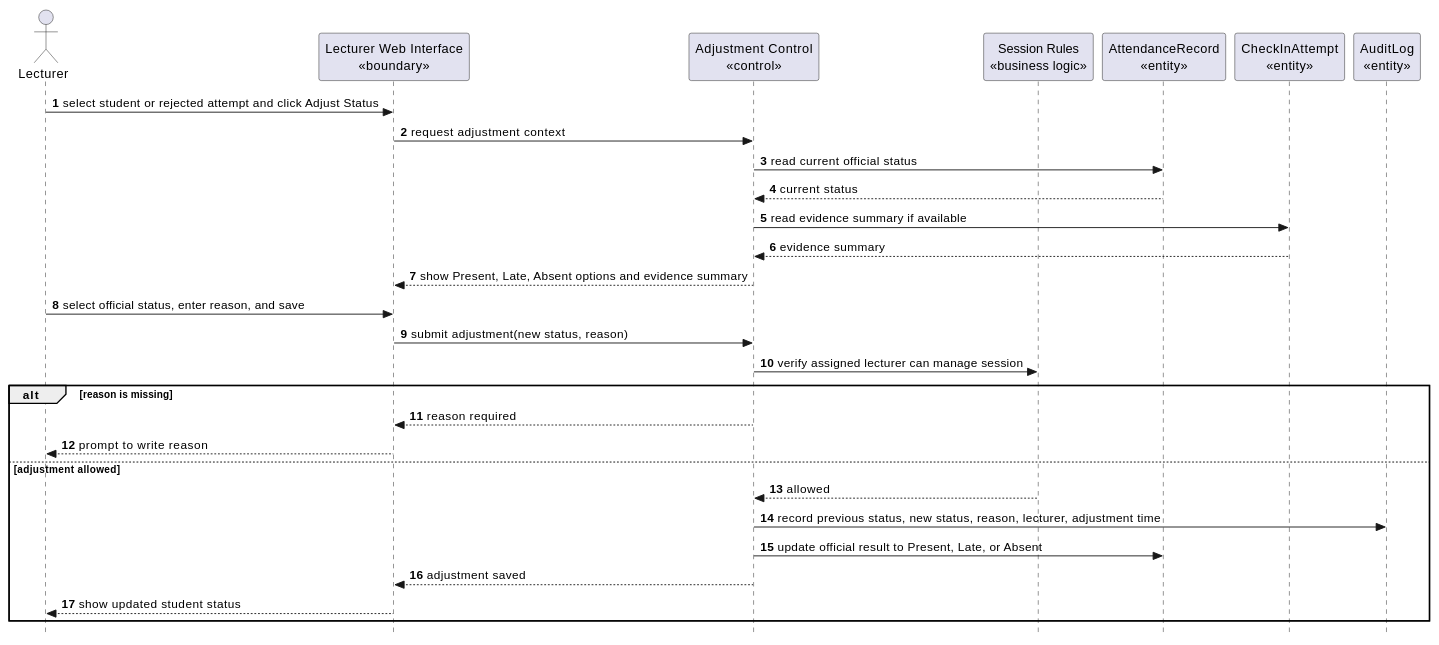
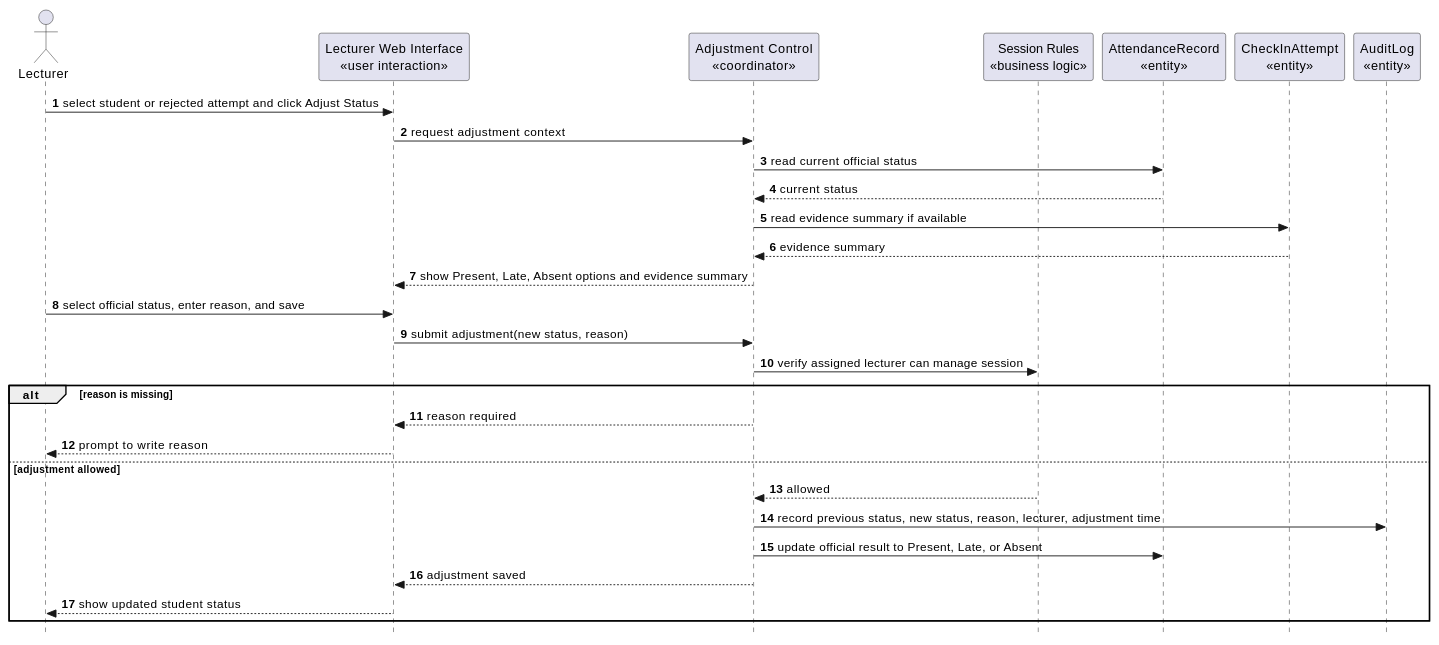
Before and after one commit to nttung42/SWD392: diagram 19 of 29 in docs/sds/2_Analysis.md, drawn with PlantUML. The commit also changed other lines of this file and 1 other file, not shown here.

````diff
--- a/docs/sds/2_Analysis.md
+++ b/docs/sds/2_Analysis.md
@@ -903,35 +966,35 @@
 ```plantuml
 @startuml
 skinparam style strictuml
 autonumber
 actor "Lecturer" as Lecturer
-participant "Lecturer Web Interface\n«boundary»" as LecturerUI
-participant "Adjustment Control\n«control»" as AdjustmentControl
+participant "Lecturer Web Interface\n«user interaction»" as LecturerUI
+participant "Adjustment Control\n«coordinator»" as AdjustmentControl
 participant "Session Rules\n«business logic»" as SessionRules
 participant "AttendanceRecord\n«entity»" as AttendanceRecord
 participant "CheckInAttempt\n«entity»" as CheckInAttempt
 participant "AuditLog\n«entity»" as AuditLog
 
 Lecturer -> LecturerUI : select student or rejected attempt and click Adjust Status
 LecturerUI -> AdjustmentControl : request adjustment context
 AdjustmentControl -> AttendanceRecord : read current official status
 AttendanceRecord --> AdjustmentControl : current status
 AdjustmentControl -> CheckInAttempt : read evidence summary if available
 CheckInAttempt --> AdjustmentControl : evidence summary
 AdjustmentControl --> LecturerUI : show Present, Late, Absent options and evidence summary
 Lecturer -> LecturerUI : select official status, enter reason, and save
 LecturerUI -> AdjustmentControl : submit adjustment(new status, reason)
 AdjustmentControl -> SessionRules : verify assigned lecturer can manage session
 
 alt reason is missing
   AdjustmentControl --> LecturerUI : reason required
   LecturerUI --> Lecturer : prompt to write reason
 else adjustment allowed
   SessionRules --> AdjustmentControl : allowed
   AdjustmentControl -> AuditLog : record previous status, new status, reason, lecturer, adjustment time
   AdjustmentControl -> AttendanceRecord : update official result to Present, Late, or Absent
   AdjustmentControl --> LecturerUI : adjustment saved
   LecturerUI --> Lecturer : show updated student status
 end
 @enduml
 ```
````
